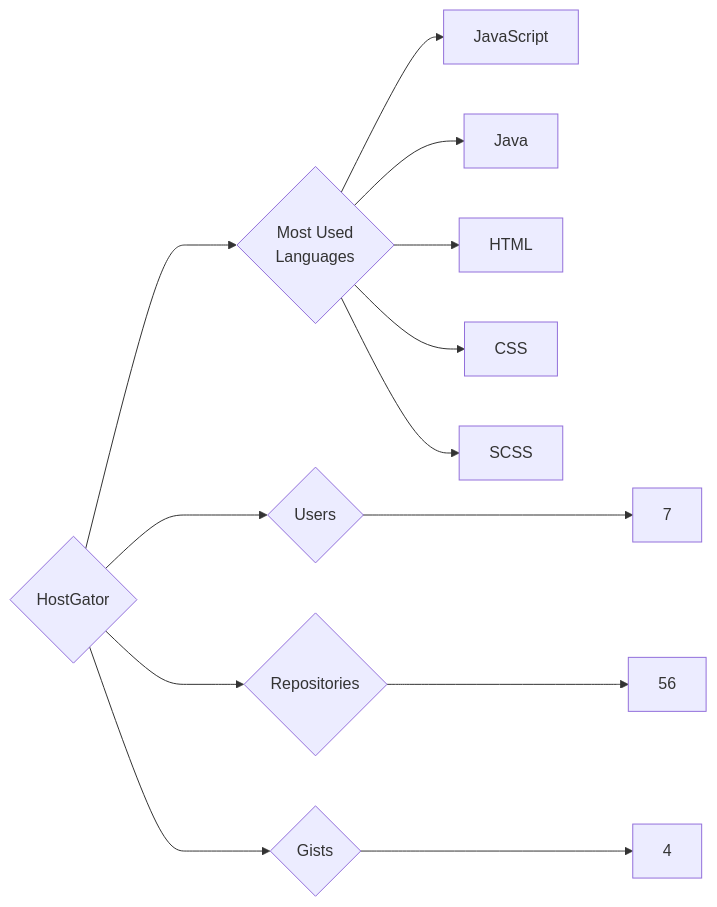
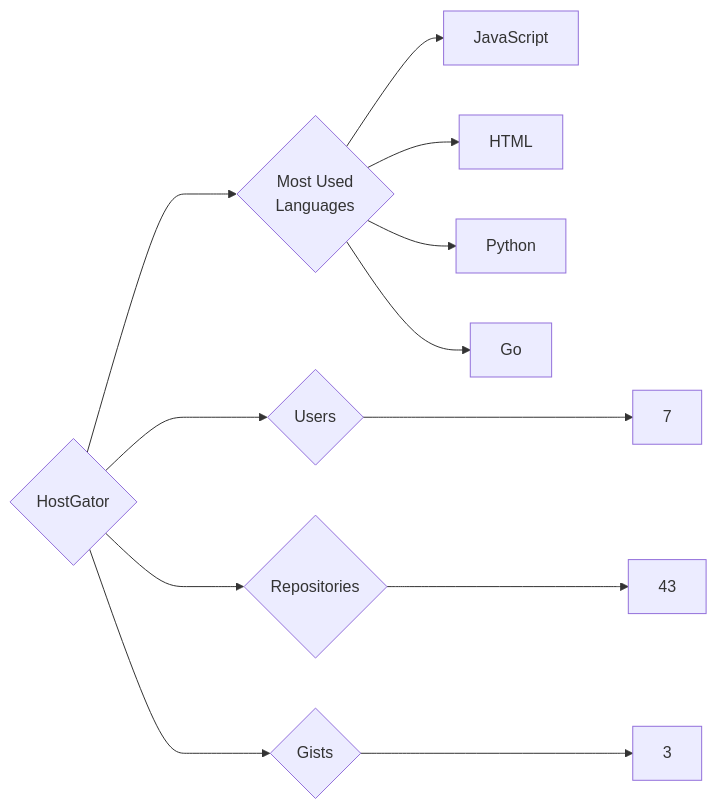
Before and after one commit to trickest/insiders: the diagram in targets/HostGator/README.md, drawn with Mermaid. The commit also changed 933 other files, not shown here.

````diff
--- a/targets/HostGator/README.md
+++ b/targets/HostGator/README.md
@@ -3,13 +3,12 @@
 ```mermaid
 graph LR
 COMPANY_NAME{HostGator}
 COMPANY_NAME ---> U{Users} ---> UN[7]
-COMPANY_NAME ---> R{Repositories} ---> RN[56]
-COMPANY_NAME ---> G{Gists} ---> GN[4]
+COMPANY_NAME ---> R{Repositories} ---> RN[43]
+COMPANY_NAME ---> G{Gists} ---> GN[3]
 COMPANY_NAME ---> ML{Most Used<br>Languages}
 ML --> JavaScript[JavaScript]
-ML --> Java[Java]
 ML --> HTML[HTML]
-ML --> CSS[CSS]
-ML --> SCSS[SCSS]
+ML --> Python[Python]
+ML --> Go[Go]
 ```
````
